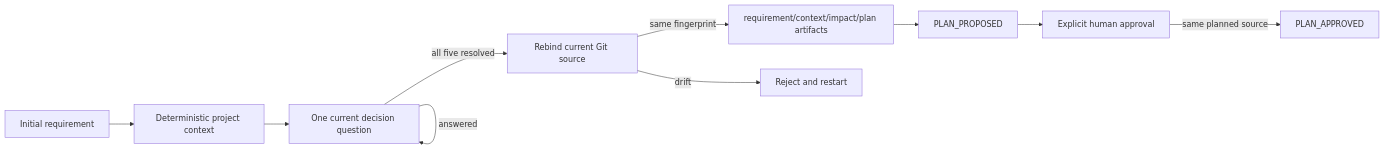
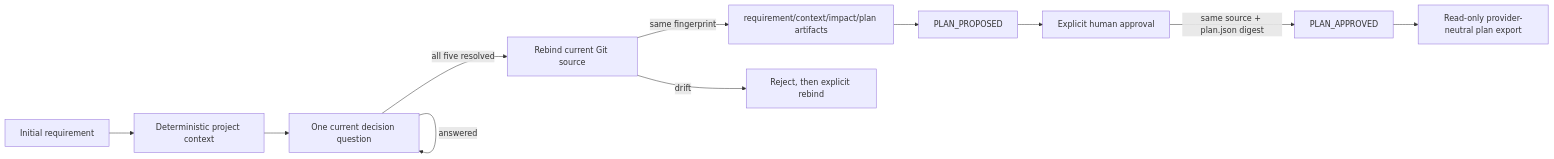
The second of 2 diagrams in docs/ARCHITECTURE.md (yeongwanho/backend-team-harness), drawn with Mermaid before and after one commit. The commit also changed other lines of this file and 27 other files, not shown here.

````diff
--- a/docs/ARCHITECTURE.md
+++ b/docs/ARCHITECTURE.md
@@ -36,12 +37,13 @@
 ```mermaid
 flowchart LR
   R[Initial requirement] --> C[Deterministic project context]
   C --> Q[One current decision question]
   Q -->|answered| Q
   Q -->|all five resolved| B[Rebind current Git source]
   B -->|same fingerprint| A[requirement/context/impact/plan artifacts]
-  B -->|drift| X[Reject and restart]
+  B -->|drift| X[Reject, then explicit rebind]
   A --> P[PLAN_PROPOSED]
   P --> H[Explicit human approval]
-  H -->|same planned source| I[PLAN_APPROVED]
+  H -->|same source + plan.json digest| I[PLAN_APPROVED]
+  I --> Port[Read-only provider-neutral plan export]
 ```
````
